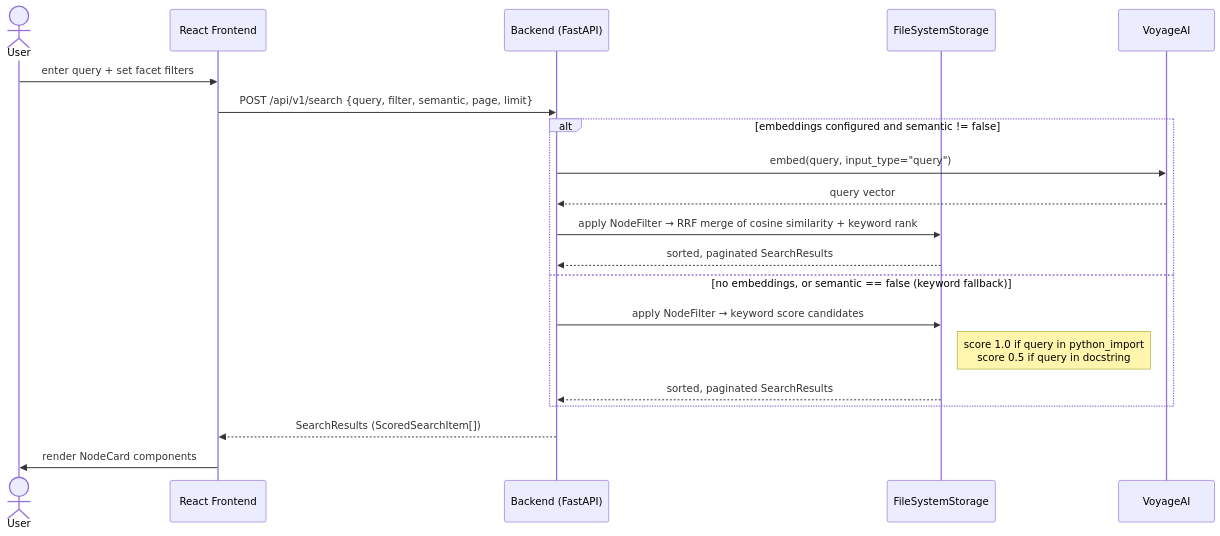
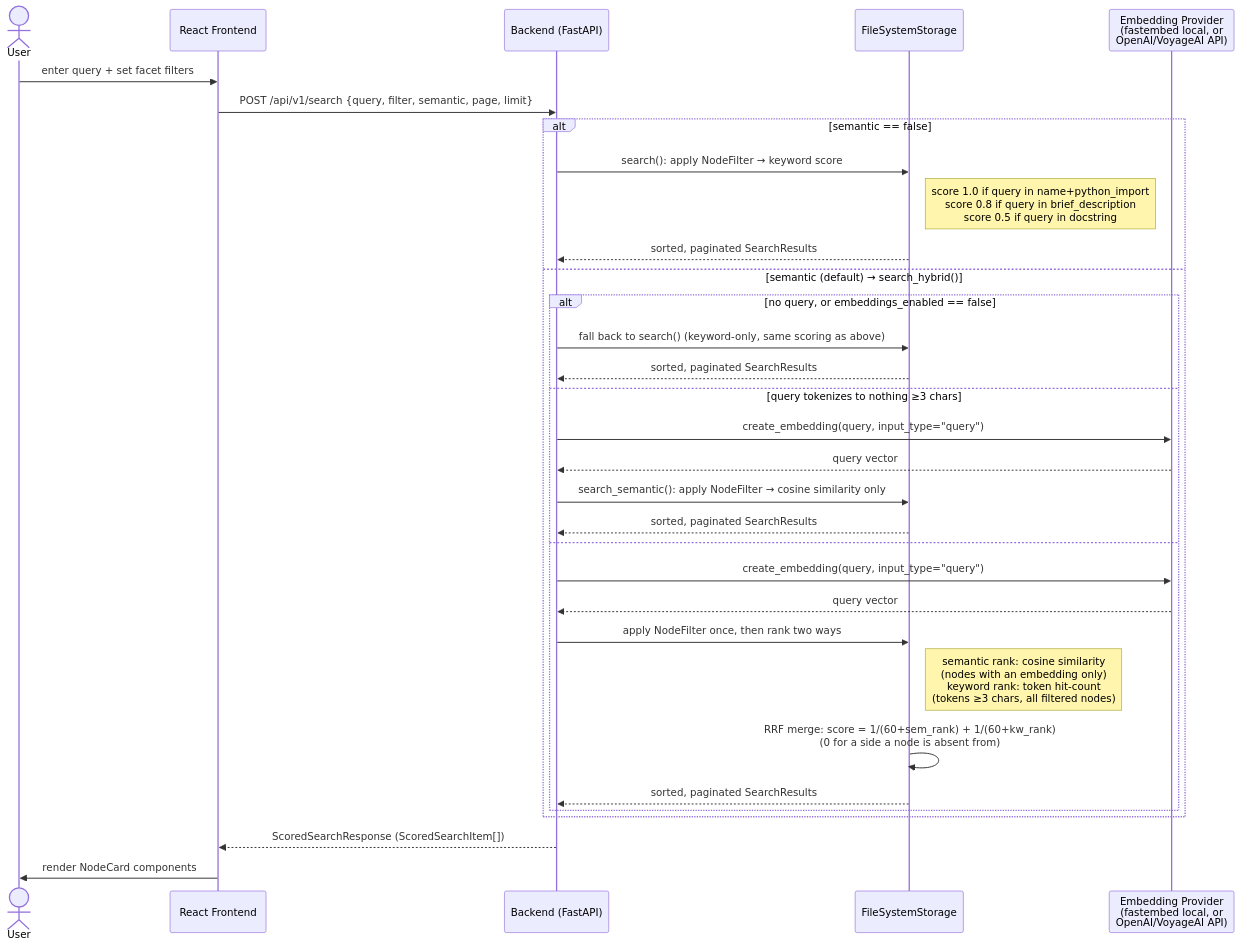
Before and after one commit to XzzX/sim_atlas: the third of 3 diagrams in docs/architecture.md, drawn with Mermaid. The commit also changed other lines of this file and 1 other file, not shown here.

Commit message:
update diagrams

````diff
--- a/docs/architecture.md
+++ b/docs/architecture.md
@@ -137,23 +123,35 @@
 ```mermaid
 sequenceDiagram
     actor U as User
     participant F as React Frontend
     participant B as Backend (FastAPI)
     participant S as FileSystemStorage
-    participant V as VoyageAI
+    participant E as Embedding Provider<br/>(fastembed local, or<br/>OpenAI/VoyageAI API)
 
     U->>F: enter query + set facet filters
     F->>B: POST /api/v1/search {query, filter, semantic, page, limit}
-    alt embeddings configured and semantic != false
-        B->>V: embed(query, input_type="query")
-        V-->>B: query vector
-        B->>S: apply NodeFilter → RRF merge of cosine similarity + keyword rank
+    alt semantic == false
+        B->>S: search(): apply NodeFilter → keyword score
+        Note right of S: score 1.0 if query in name+python_import<br/>score 0.8 if query in brief_description<br/>score 0.5 if query in docstring
         S-->>B: sorted, paginated SearchResults
-    else no embeddings, or semantic == false (keyword fallback)
-        B->>S: apply NodeFilter → keyword score candidates
-        Note right of S: score 1.0 if query in python_import<br/>score 0.5 if query in docstring
-        S-->>B: sorted, paginated SearchResults
+    else semantic (default) → search_hybrid()
+        alt no query, or embeddings_enabled == false
+            B->>S: fall back to search() (keyword-only, same scoring as above)
+            S-->>B: sorted, paginated SearchResults
+        else query tokenizes to nothing ≥3 chars
+            B->>E: create_embedding(query, input_type="query")
+            E-->>B: query vector
+            B->>S: search_semantic(): apply NodeFilter → cosine similarity only
+            S-->>B: sorted, paginated SearchResults
+        else
+            B->>E: create_embedding(query, input_type="query")
+            E-->>B: query vector
+            B->>S: apply NodeFilter once, then rank two ways
+            Note right of S: semantic rank: cosine similarity<br/>(nodes with an embedding only)<br/>keyword rank: token hit-count<br/>(tokens ≥3 chars, all filtered nodes)
+            S->>S: RRF merge: score = 1/(60+sem_rank) + 1/(60+kw_rank)<br/>(0 for a side a node is absent from)
+            S-->>B: sorted, paginated SearchResults
+        end
     end
-    B-->>F: SearchResults (ScoredSearchItem[])
+    B-->>F: ScoredSearchResponse (ScoredSearchItem[])
     F->>U: render NodeCard components
 ```
````
